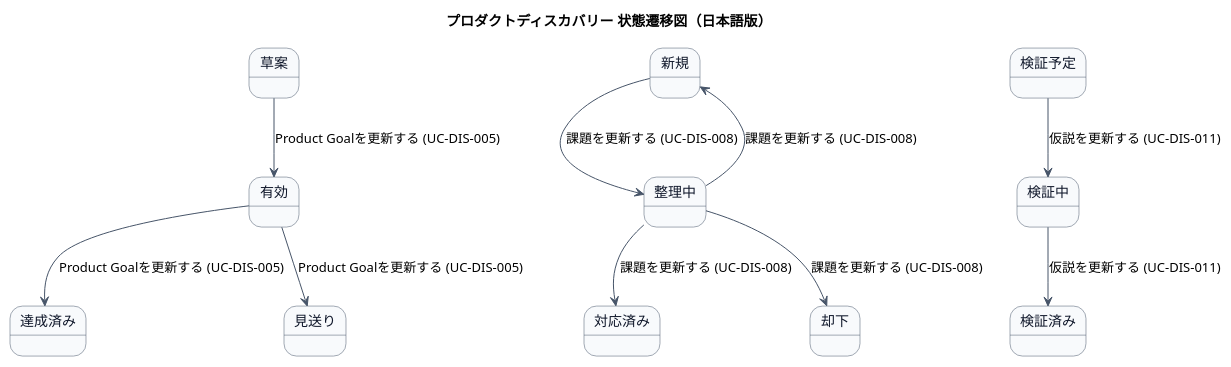
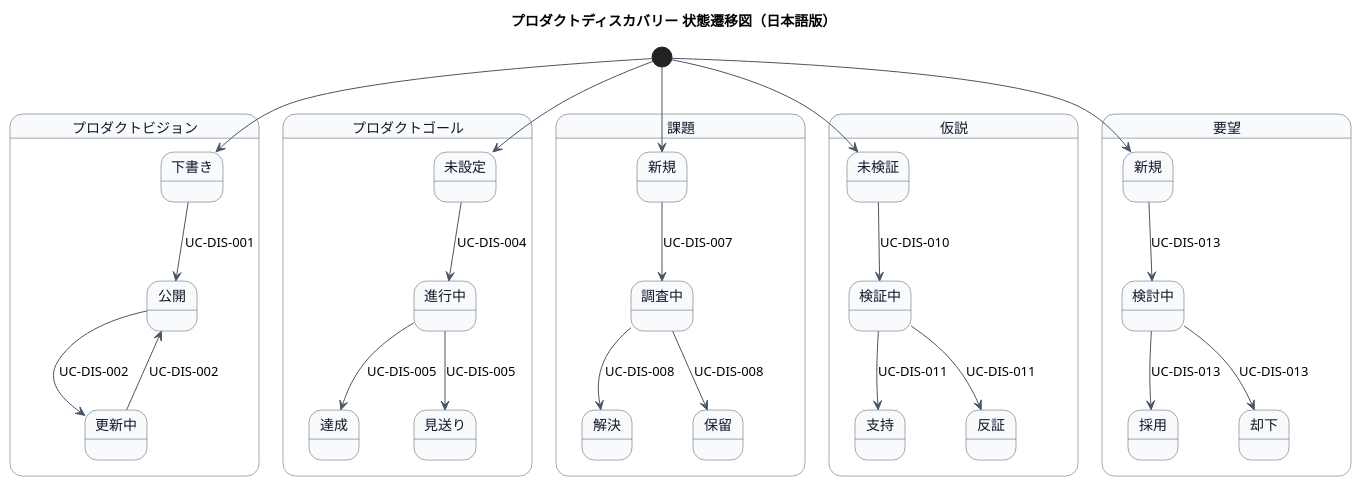
One commit to mizo432/modulith-learning changed the second of 2 diagrams in docs/22 要件定義書/AG アジルーム/03 機能要件/AG-01 プロダクトディスカバリー/04.システム/02.ステート/ステートマシン図.md. Above: the diagram before and after it, drawn with PlantUML. The commit also changed other lines of this file and 884 other files, not shown here.

````diff
--- a/docs/22 要件定義書/AG アジルーム/03 機能要件/AG-01 プロダクトディスカバリー/04.システム/02.ステート/ステートマシン図.md
+++ b/docs/22 要件定義書/AG アジルーム/03 機能要件/AG-01 プロダクトディスカバリー/04.システム/02.ステート/ステートマシン図.md
@@ -58,44 +86,72 @@
 ```plantuml
 @startuml
 title プロダクトディスカバリー 状態遷移図（日本語版）
 skinparam state {
   BackgroundColor #F8FAFC
   BorderColor #475569
   FontColor #0F172A
 }
 skinparam arrowColor #475569
 skinparam shadowing false
 
-' Product Goal 状態
-state "草案" as Draft_PG <<entry>>
-state "有効" as Active_PG
-state "達成済み" as Achieved_PG <<exit>>
-state "見送り" as Abandoned_PG <<exit>>
+state "プロダクトビジョン" as PV {
+  state "下書き" as PVDraft
+  state "公開" as PVPublished
+  state "更新中" as PVUpdating
+}
 
-' 課題・要望 状態
-state "新規" as New_ISS <<entry>>
-state "整理中" as Organizing_ISS
-state "対応済み" as Addressed_ISS <<exit>>
-state "却下" as Rejected_ISS <<exit>>
+state "プロダクトゴール" as PG {
+  state "未設定" as PGNotSet
+  state "進行中" as PGInProgress
+  state "達成" as PGAchieved
+  state "見送り" as PGCancelled
+}
 
-' 仮説 状態
-state "検証予定" as Planned_HP <<entry>>
-state "検証中" as Verifying_HP
-state "検証済み" as Verified_HP <<exit>>
+state "課題" as Issue {
+  state "新規" as IssueNew
+  state "調査中" as IssueInvestigating
+  state "解決" as IssueResolved
+  state "保留" as IssueOnHold
+}
 
-' Product Goal 遷移
-Draft_PG --> Active_PG : Product Goalを更新する (UC-DIS-005)
-Active_PG --> Achieved_PG : Product Goalを更新する (UC-DIS-005)
-Active_PG --> Abandoned_PG : Product Goalを更新する (UC-DIS-005)
+state "仮説" as Hypo {
+  state "未検証" as HypoUnverified
+  state "検証中" as HypoVerifying
+  state "支持" as HypoSupported
+  state "反証" as HypoRefuted
+}
 
-' 課題・要望 遷移
-New_ISS --> Organizing_ISS : 課題を更新する (UC-DIS-008)
-Organizing_ISS --> New_ISS : 課題を更新する (UC-DIS-008)
-Organizing_ISS --> Addressed_ISS : 課題を更新する (UC-DIS-008)
-Organizing_ISS --> Rejected_ISS : 課題を更新する (UC-DIS-008)
+state "要望" as Req {
+  state "新規" as ReqNew
+  state "検討中" as ReqConsidering
+  state "採用" as ReqAdopted
+  state "却下" as ReqRejected
+}
 
-' 仮説 遷移
-Planned_HP --> Verifying_HP : 仮説を更新する (UC-DIS-011)
-Verifying_HP --> Verified_HP : 仮説を更新する (UC-DIS-011)
+[*] --> PVDraft
+PVDraft --> PVPublished : UC-DIS-001
+PVPublished --> PVUpdating : UC-DIS-002
+PVUpdating --> PVPublished : UC-DIS-002
+
+[*] --> PGNotSet
+PGNotSet --> PGInProgress : UC-DIS-004
+PGInProgress --> PGAchieved : UC-DIS-005
+PGInProgress --> PGCancelled : UC-DIS-005
+
+[*] --> IssueNew
+IssueNew --> IssueInvestigating : UC-DIS-007
+IssueInvestigating --> IssueResolved : UC-DIS-008
+IssueInvestigating --> IssueOnHold : UC-DIS-008
+
+[*] --> HypoUnverified
+HypoUnverified --> HypoVerifying : UC-DIS-010
+HypoVerifying --> HypoSupported : UC-DIS-011
+HypoVerifying --> HypoRefuted : UC-DIS-011
+
+[*] --> ReqNew
+ReqNew --> ReqConsidering : UC-DIS-013
+ReqConsidering --> ReqAdopted : UC-DIS-013
+ReqConsidering --> ReqRejected : UC-DIS-013
+
 @enduml
 ```
````
